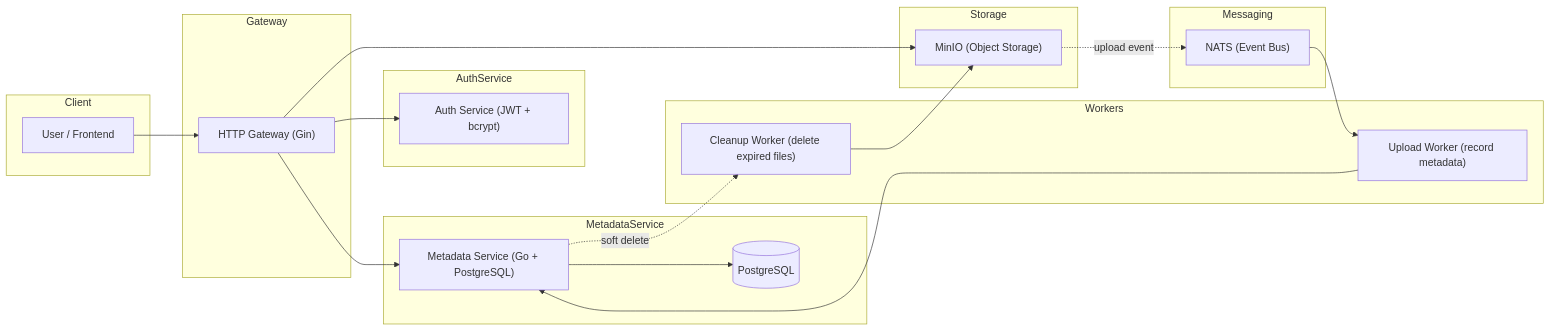
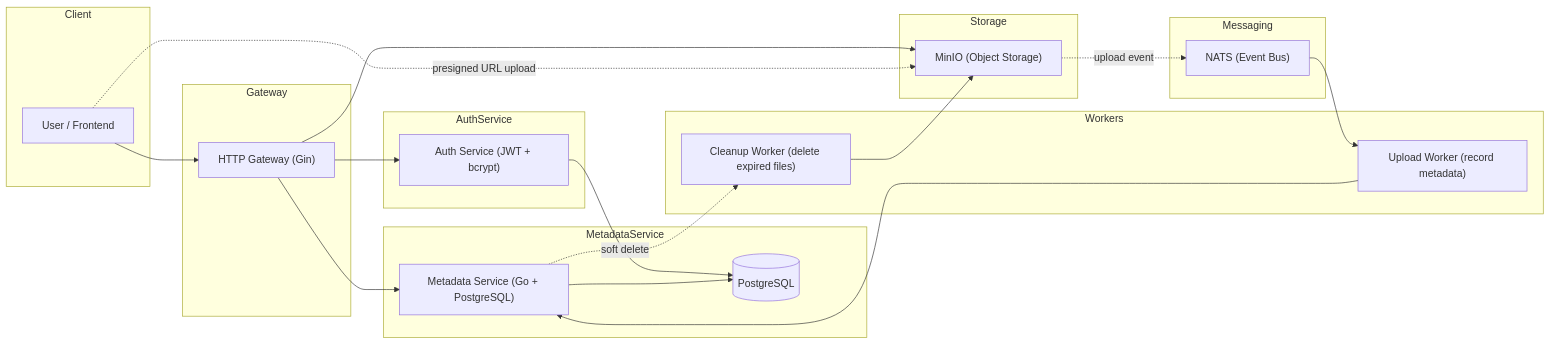
The diagram in README.md (VishnuVardhanAI/godrive), drawn with Mermaid before and after one commit. The commit also changed other lines of this file, not shown here.

````diff
--- a/README.md
+++ b/README.md
@@ -38,47 +40,59 @@
 ```mermaid
 flowchart LR
 
     subgraph Client
         A["User / Frontend"]
     end
 
     subgraph Gateway
         B["HTTP Gateway (Gin)"]
     end
 
     subgraph AuthService
         C["Auth Service (JWT + bcrypt)"]
     end
 
     subgraph MetadataService
         D["Metadata Service (Go + PostgreSQL)"]
         DB[(PostgreSQL)]
     end
 
     subgraph Storage
         E["MinIO (Object Storage)"]
     end
 
     subgraph Messaging
         F["NATS (Event Bus)"]
     end
 
     subgraph Workers
         G["Upload Worker (record metadata)"]
         H["Cleanup Worker (delete expired files)"]
     end
 
+    %% User -> Gateway
     A --> B
+
+    %% Gateway -> Services
     B --> C
     B --> D
     B --> E
 
+    %% Auth Service -> Postgres
+    C --> DB
+
+    %% Metadata Service -> Postgres
+    D --> DB
+
+    %% Upload Event from MinIO
     E -. "upload event" .-> F
     F --> G
     G --> D
 
-    D --> DB
-
+    %% Soft delete -> cleanup
     D -. "soft delete" .-> H
     H --> E
+
+    %% User -> MinIO (presigned URL upload)
+    A -. "presigned URL upload" .-> E
 ```
````
